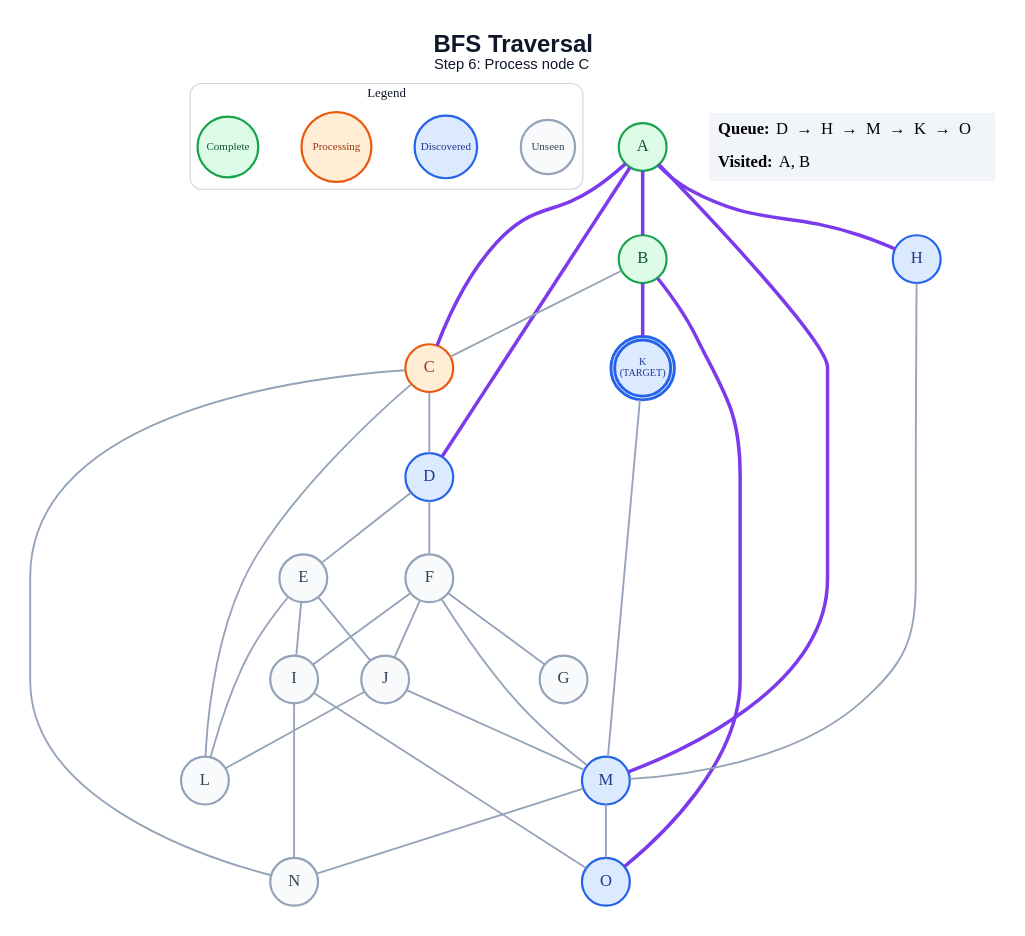
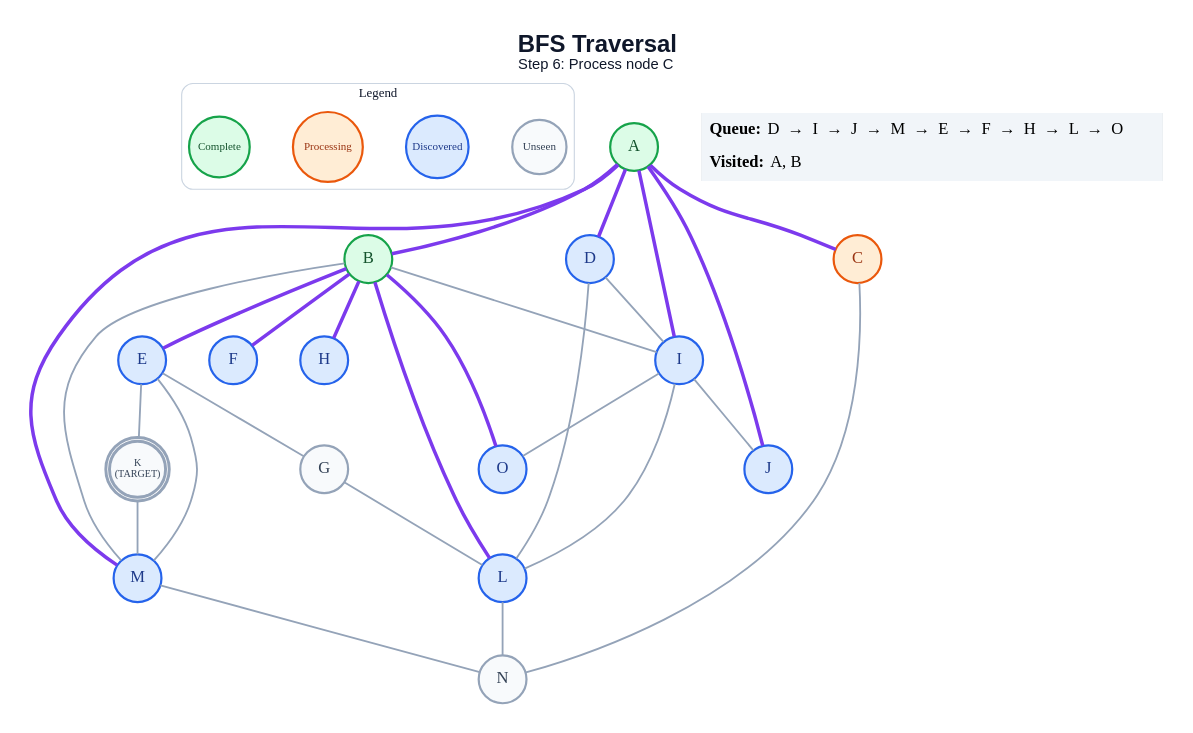
One commit to anon7238593-create/ai-slop changed the diagram in generated/specific-node/bfs/step_06.dot. Above: the diagram before and after it, drawn with Graphviz. The commit also changed 223 other files, not shown here.

```diff
--- a/generated/specific-node/bfs/step_06.dot
+++ b/generated/specific-node/bfs/step_06.dot
@@ -1,62 +1,60 @@
 graph traversal {
   graph [layout=dot, rankdir=TB, bgcolor="#FFFFFF", pad="0.35", nodesep="0.65", ranksep="0.8", fontname="Arial"];
   node [shape=circle, style="filled", fontname="Arial Bold", fontsize=18, width=0.72, fixedsize=true, penwidth=2.4];
   edge [color="#94A3B8", penwidth=2.0];
   label=<<B>BFS Traversal</B><BR/><FONT POINT-SIZE="16">Step 6: Process node C</FONT>>; labelloc="t"; fontsize=26; fontname="Arial"; fontcolor="#0F172A";
   subgraph cluster_legend { label="Legend"; color="#CBD5E1"; penwidth=1.2; style="rounded"; fontsize=14; fontname="Arial Bold";
     key_unseen [label="Unseen", fillcolor="#F8FAFC", color="#94A3B8", fontcolor="#334155", fontsize=12, width=0.82];
     key_frontier [label="Discovered", fillcolor="#DBEAFE", color="#2563EB", fontcolor="#1E3A8A", fontsize=12, width=0.95];
     key_current [label="Processing", fillcolor="#FFEDD5", color="#EA580C", fontcolor="#9A3412", fontsize=12, width=1.05];
     key_done [label="Complete", fillcolor="#DCFCE7", color="#16A34A", fontcolor="#14532D", fontsize=12, width=0.92];
     { rank=same; key_unseen; key_frontier; key_current; key_done; }
   }
   A [label="A", fillcolor="#DCFCE7", color="#16A34A", fontcolor="#14532D", peripheries=1, penwidth=2.4];
   B [label="B", fillcolor="#DCFCE7", color="#16A34A", fontcolor="#14532D", peripheries=1, penwidth=2.4];
   C [label="C", fillcolor="#FFEDD5", color="#EA580C", fontcolor="#9A3412", peripheries=1, penwidth=2.4];
   D [label="D", fillcolor="#DBEAFE", color="#2563EB", fontcolor="#1E3A8A", peripheries=1, penwidth=2.4];
-  E [label="E", fillcolor="#F8FAFC", color="#94A3B8", fontcolor="#334155", peripheries=1, penwidth=2.4];
-  F [label="F", fillcolor="#F8FAFC", color="#94A3B8", fontcolor="#334155", peripheries=1, penwidth=2.4];
+  E [label="E", fillcolor="#DBEAFE", color="#2563EB", fontcolor="#1E3A8A", peripheries=1, penwidth=2.4];
+  F [label="F", fillcolor="#DBEAFE", color="#2563EB", fontcolor="#1E3A8A", peripheries=1, penwidth=2.4];
   G [label="G", fillcolor="#F8FAFC", color="#94A3B8", fontcolor="#334155", peripheries=1, penwidth=2.4];
   H [label="H", fillcolor="#DBEAFE", color="#2563EB", fontcolor="#1E3A8A", peripheries=1, penwidth=2.4];
-  I [label="I", fillcolor="#F8FAFC", color="#94A3B8", fontcolor="#334155", peripheries=1, penwidth=2.4];
-  J [label="J", fillcolor="#F8FAFC", color="#94A3B8", fontcolor="#334155", peripheries=1, penwidth=2.4];
-  K [label="K\n(TARGET)", fillcolor="#DBEAFE", color="#2563EB", fontcolor="#1E3A8A", peripheries=2, penwidth=3.2, fontsize=11, width=0.85, height=0.85];
-  L [label="L", fillcolor="#F8FAFC", color="#94A3B8", fontcolor="#334155", peripheries=1, penwidth=2.4];
+  I [label="I", fillcolor="#DBEAFE", color="#2563EB", fontcolor="#1E3A8A", peripheries=1, penwidth=2.4];
+  J [label="J", fillcolor="#DBEAFE", color="#2563EB", fontcolor="#1E3A8A", peripheries=1, penwidth=2.4];
+  K [label="K\n(TARGET)", fillcolor="#F8FAFC", color="#94A3B8", fontcolor="#334155", peripheries=2, penwidth=3.2, fontsize=11, width=0.85, height=0.85];
+  L [label="L", fillcolor="#DBEAFE", color="#2563EB", fontcolor="#1E3A8A", peripheries=1, penwidth=2.4];
   M [label="M", fillcolor="#DBEAFE", color="#2563EB", fontcolor="#1E3A8A", peripheries=1, penwidth=2.4];
   N [label="N", fillcolor="#F8FAFC", color="#94A3B8", fontcolor="#334155", peripheries=1, penwidth=2.4];
   O [label="O", fillcolor="#DBEAFE", color="#2563EB", fontcolor="#1E3A8A", peripheries=1, penwidth=2.4];
   A -- B [color="#7C3AED", penwidth=3.8];
   A -- C [color="#7C3AED", penwidth=3.8];
   A -- D [color="#7C3AED", penwidth=3.8];
-  A -- H [color="#7C3AED", penwidth=3.8];
+  A -- I [color="#7C3AED", penwidth=3.8];
+  A -- J [color="#7C3AED", penwidth=3.8];
   A -- M [color="#7C3AED", penwidth=3.8];
-  B -- C;
-  B -- K [color="#7C3AED", penwidth=3.8];
+  B -- E [color="#7C3AED", penwidth=3.8];
+  B -- F [color="#7C3AED", penwidth=3.8];
+  B -- H [color="#7C3AED", penwidth=3.8];
+  B -- I;
+  B -- L [color="#7C3AED", penwidth=3.8];
+  B -- M;
   B -- O [color="#7C3AED", penwidth=3.8];
-  C -- D;
-  C -- L;
   C -- N;
-  D -- E;
-  D -- F;
-  E -- I;
-  E -- J;
-  E -- L;
-  F -- G;
-  F -- I;
-  F -- J;
-  F -- M;
-  H -- M;
-  I -- N;
+  D -- I;
+  D -- L;
+  E -- G;
+  E -- K;
+  E -- M;
+  G -- L;
+  I -- J;
+  I -- L;
   I -- O;
-  J -- L;
-  J -- M;
   K -- M;
+  L -- N;
   M -- N;
-  M -- O;
   status [shape=plain, fixedsize=false, width=0, height=0, margin=0, label=<
     <TABLE BORDER="0" CELLBORDER="0" CELLPADDING="7" BGCOLOR="#F1F5F9">
-      <TR><TD ALIGN="LEFT"><B>Queue:</B> D  →  H  →  M  →  K  →  O</TD></TR>
+      <TR><TD ALIGN="LEFT"><B>Queue:</B> D  →  I  →  J  →  M  →  E  →  F  →  H  →  L  →  O</TD></TR>
       <TR><TD ALIGN="LEFT"><B>Visited:</B> A, B</TD></TR>
     </TABLE>
   >];
 }
```
